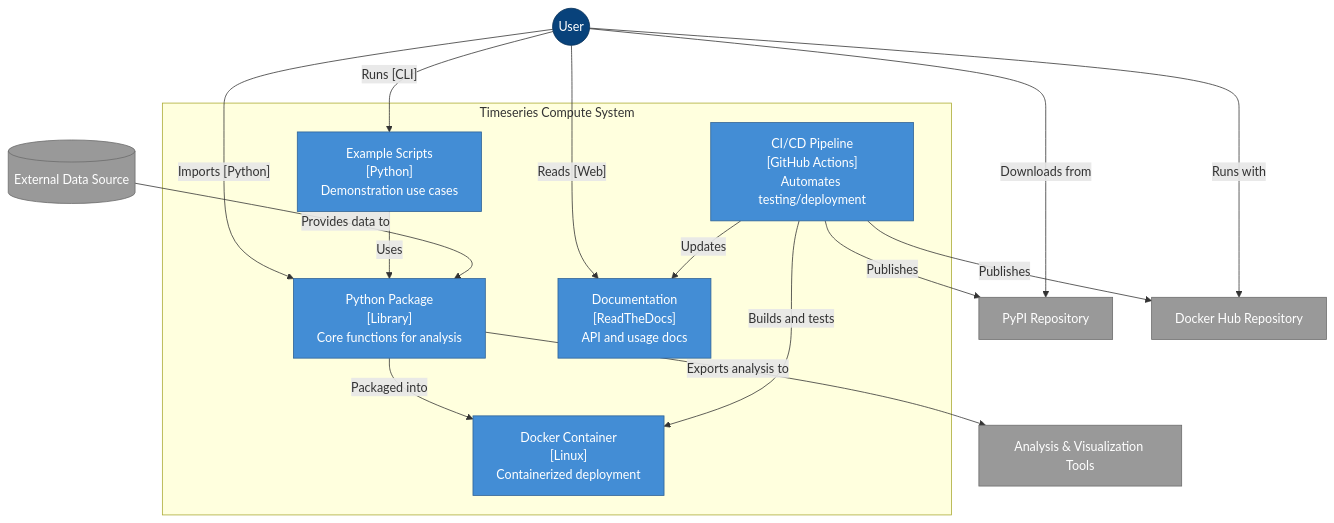
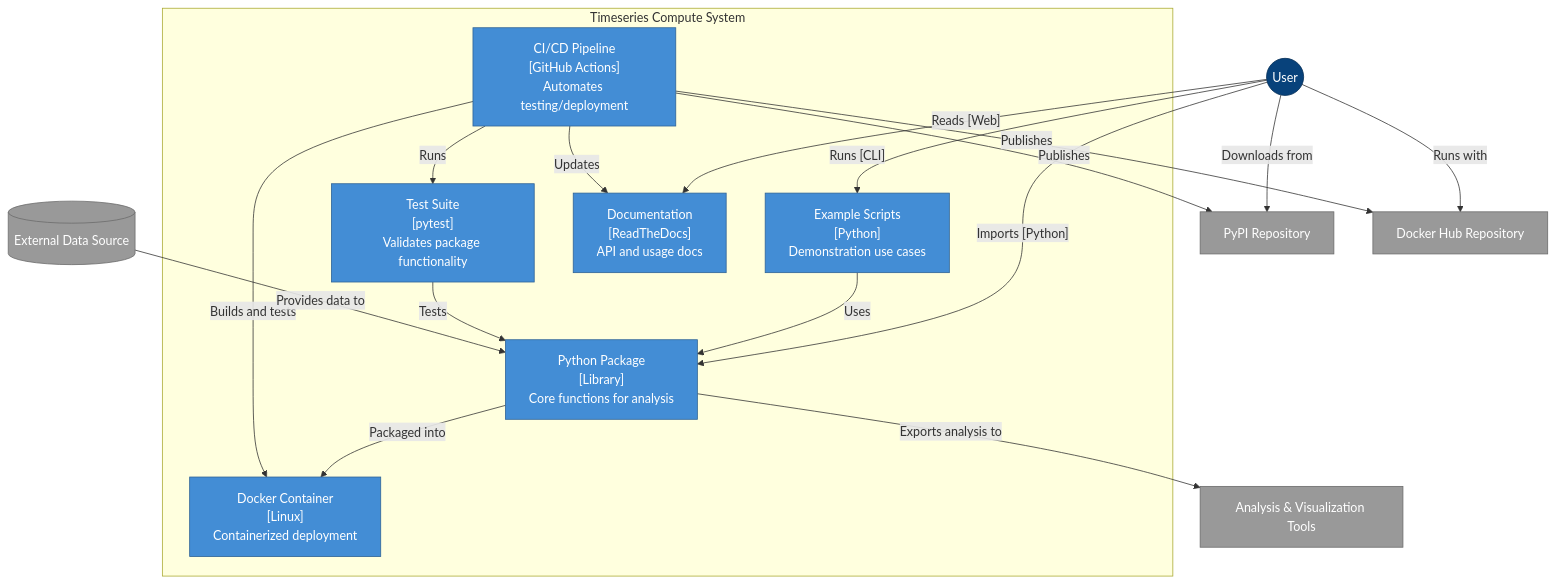
The second of 5 diagrams in README.md (garthmortensen/timeseries-compute), drawn with Mermaid before and after one commit. The commit also changed other lines of this file, not shown here.

Commit message:
docs(README.md): update C4 diagrams

````diff
--- a/README.md
+++ b/README.md
@@ -192,41 +192,44 @@
 ```mermaid
 flowchart TB
     %% Styling
     classDef person fill:#08427B,color:#fff,stroke:#052E56,stroke-width:1px
     classDef container fill:#438DD5,color:#fff,stroke:#2E6295,stroke-width:1px
     classDef external fill:#999999,color:#fff,stroke:#6B6B6B,stroke-width:1px
     classDef system fill:#1168BD,color:#fff,stroke:#0B4884,stroke-width:1px
     
     %% Person
     User((User)):::person
     
     %% System boundary
     subgraph TimeseriesComputeSystem["Timeseries Compute System"]
         PythonPackage["Python Package<br>[Library]<br>Core functions for analysis"]:::container
         Dockerized["Docker Container<br>[Linux]<br>Containerized deployment"]:::container
         ExampleScripts["Example Scripts<br>[Python]<br>Demonstration use cases"]:::container
+        TestSuite["Test Suite<br>[pytest]<br>Validates package functionality"]:::container
         CIpipeline["CI/CD Pipeline<br>[GitHub Actions]<br>Automates testing/deployment"]:::container
         Documentation["Documentation<br>[ReadTheDocs]<br>API and usage docs"]:::container
     end
     
     %% External Systems
     ExternalDataSource[(External Data Source)]:::external
     AnalysisTool[Analysis & Visualization Tools]:::external
     PyPI[PyPI Repository]:::external
     DockerHub[Docker Hub Repository]:::external
     
     %% Relationships
     User -- "Imports [Python]" --> PythonPackage
     User -- "Runs [CLI]" --> ExampleScripts
     User -- "Reads [Web]" --> Documentation
     ExampleScripts -- "Uses" --> PythonPackage
+    TestSuite -- "Tests" --> PythonPackage
     PythonPackage -- "Packaged into" --> Dockerized
     CIpipeline -- "Builds and tests" --> Dockerized
+    CIpipeline -- "Runs" --> TestSuite
     CIpipeline -- "Publishes" --> PyPI
     CIpipeline -- "Publishes" --> DockerHub
     CIpipeline -- "Updates" --> Documentation
     ExternalDataSource -- "Provides data to" --> PythonPackage
     PythonPackage -- "Exports analysis to" --> AnalysisTool
     User -- "Downloads from" --> PyPI
     User -- "Runs with" --> DockerHub
 ```
````
